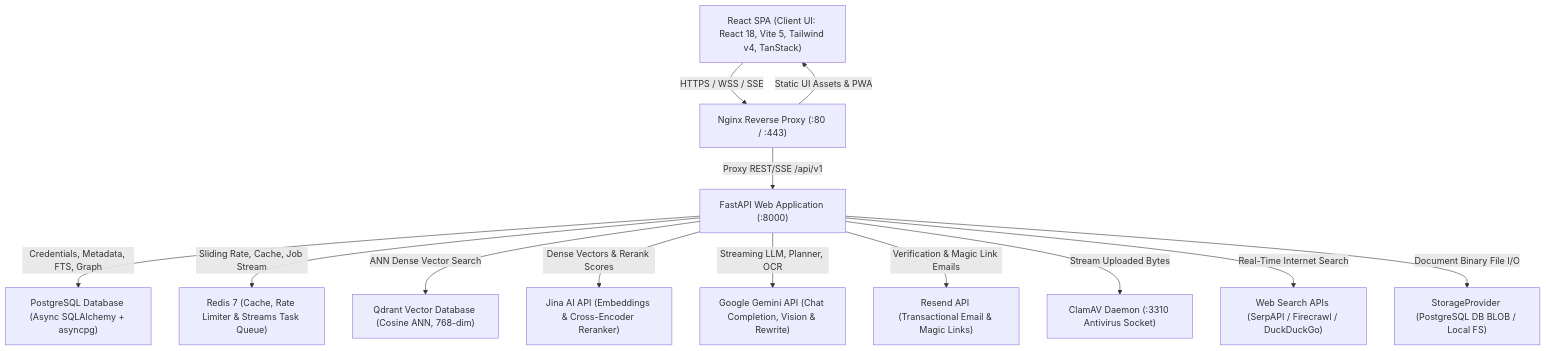
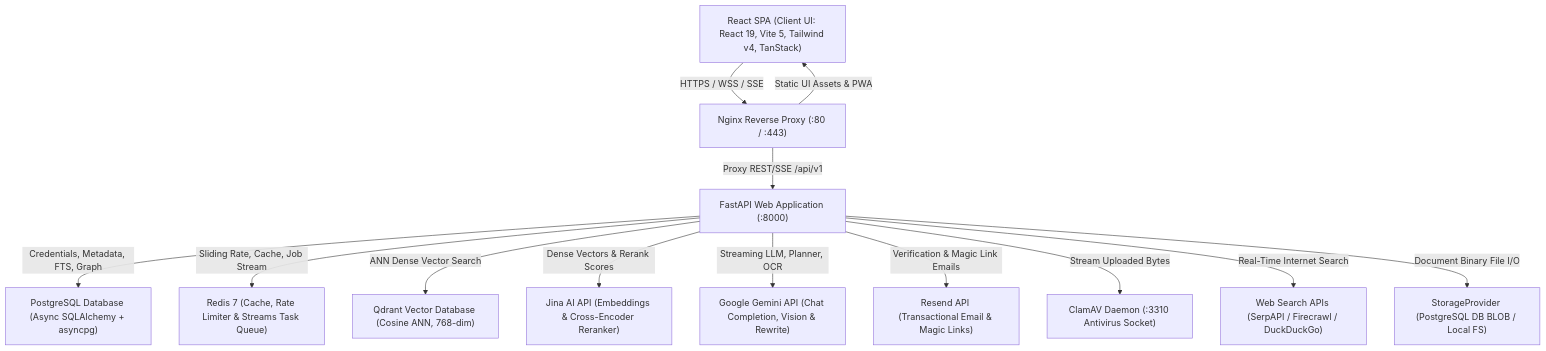
The first of 8 diagrams in ARCHITECTURE.md (Satya-Naraharisetty/FusionRAG), drawn with Mermaid before and after one commit. The commit also changed other lines of this file and 30 other files, not shown here.

Commit message:
feat: initialize React 19 frontend stack with Radix UI primitives and essential application contexts

````diff
--- a/ARCHITECTURE.md
+++ b/ARCHITECTURE.md
@@ -11,28 +11,28 @@
 ```mermaid
 graph TD
-    Browser["React SPA (Client UI: React 18, Vite 5, Tailwind v4, TanStack)"]
+    Browser["React SPA (Client UI: React 19, Vite 5, Tailwind v4, TanStack)"]
     Nginx["Nginx Reverse Proxy (:80 / :443)"]
     FastAPI["FastAPI Web Application (:8000)"]
     Postgres["PostgreSQL Database (Async SQLAlchemy + asyncpg)"]
     Redis["Redis 7 (Cache, Rate Limiter & Streams Task Queue)"]
     Qdrant["Qdrant Vector Database (Cosine ANN, 768-dim)"]
     Jina["Jina AI API (Embeddings & Cross-Encoder Reranker)"]
     Gemini["Google Gemini API (Chat Completion, Vision & Rewrite)"]
     Resend["Resend API (Transactional Email & Magic Links)"]
     ClamAV["ClamAV Daemon (:3310 Antivirus Socket)"]
     WebSearch["Web Search APIs (SerpAPI / Firecrawl / DuckDuckGo)"]
     Storage["StorageProvider (PostgreSQL DB BLOB / Local FS)"]
 
     Browser -->|HTTPS / WSS / SSE| Nginx
     Nginx -->|Static UI Assets & PWA| Browser
     Nginx -->|Proxy REST/SSE /api/v1| FastAPI
     FastAPI -->|Credentials, Metadata, FTS, Graph| Postgres
     FastAPI -->|Sliding Rate, Cache, Job Stream| Redis
     FastAPI -->|ANN Dense Vector Search| Qdrant
     FastAPI -->|Dense Vectors & Rerank Scores| Jina
     FastAPI -->|Streaming LLM, Planner, OCR| Gemini
     FastAPI -->|Verification & Magic Link Emails| Resend
     FastAPI -->|Stream Uploaded Bytes| ClamAV
     FastAPI -->|Real-Time Internet Search| WebSearch
     FastAPI -->|Document Binary File I/O| Storage
 ```
````
